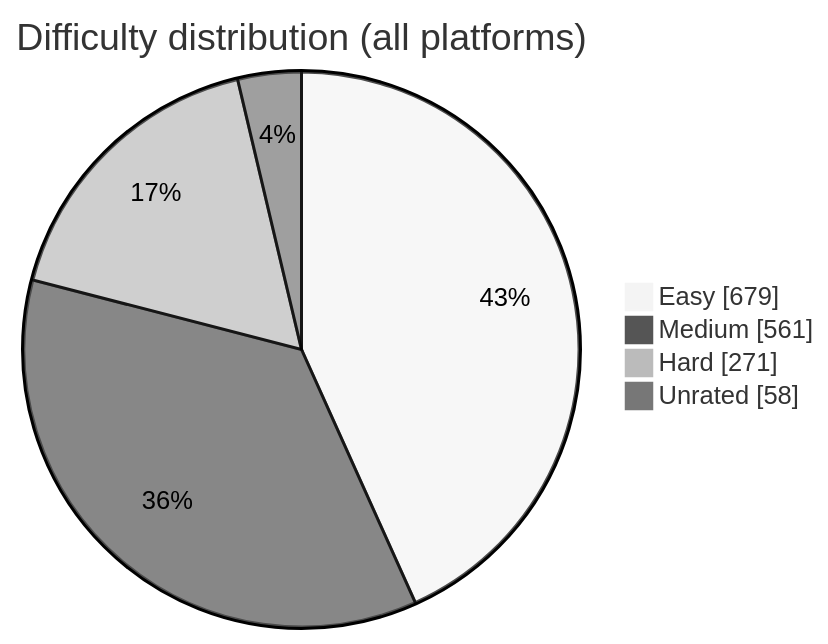
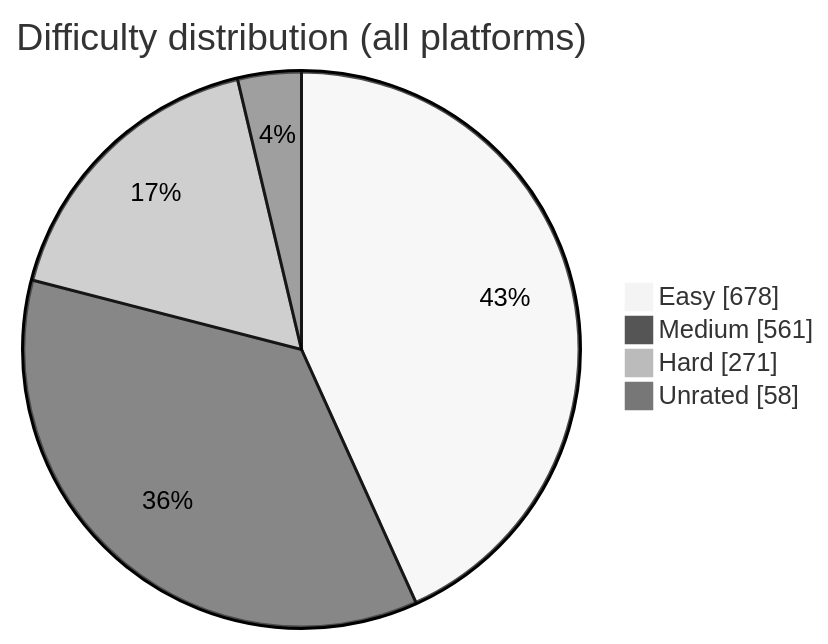
One commit to BuildbyArindam/Daily-Coding-Log changed the diagram in README.md. Above: the diagram before and after it, drawn with Mermaid (neutral theme). The commit also changed other lines of this file, not shown here.

````diff
--- a/README.md
+++ b/README.md
@@ -93,7 +93,7 @@
 ```mermaid
 pie showData title Difficulty distribution (all platforms)
-    "Easy" : 679
+    "Easy" : 678
     "Medium" : 561
     "Hard" : 271
     "Unrated" : 58
 ```
````
